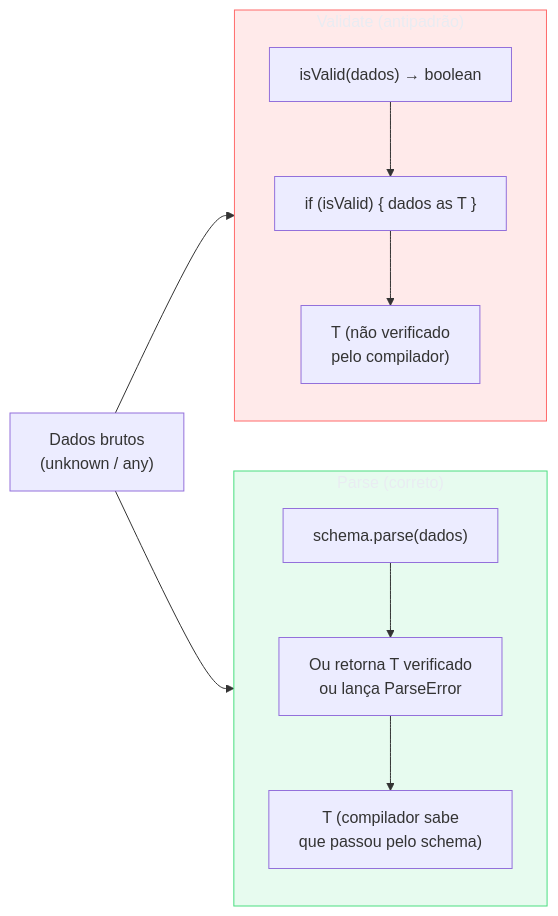
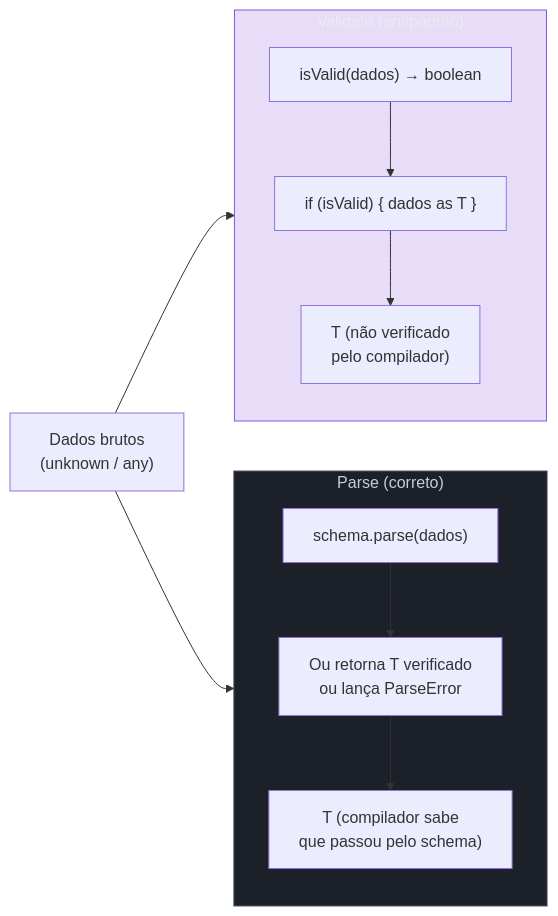
Before and after one commit to josenaldo/codex-technomanticus: the third of 6 diagrams in 03-Dominios/Tecnologia/TypeScript/23 - A fronteira type↔runtime - parse, don't validate.md, drawn with Mermaid. The commit also changed other lines of this file and 601 other files, not shown here.

````diff
--- a/03-Dominios/Tecnologia/TypeScript/23 - A fronteira type↔runtime - parse, don't validate.md
+++ b/03-Dominios/Tecnologia/TypeScript/23 - A fronteira type↔runtime - parse, don't validate.md
@@ -227,26 +227,26 @@
 ```mermaid
 flowchart LR
-    classDef ok fill:#4ADE8021,stroke:#4ADE80,color:#E9ECF2
-    classDef falha fill:#FF6B6B24,stroke:#FF6B6B,color:#E9ECF2
+    classDef marca fill:#8855DF33,stroke:#8855DF,color:#E9ECF2
+    classDef neutro fill:#1B2029,stroke:#4E5666,color:#C6CCD8
     RAW["Dados brutos\n(unknown / any)"]
 
     subgraph Validar["Validate (antipadrão)"]
         V1["isValid(dados) → boolean"]
         V2["if (isValid) { dados as T }"]
         V3["T (não verificado\npelo compilador)"]
         V1 --> V2 --> V3
     end
 
     subgraph Parsear["Parse (correto)"]
         P1["schema.parse(dados)"]
         P2["Ou retorna T verificado\nou lança ParseError"]
         P3["T (compilador sabe\nque passou pelo schema)"]
         P1 --> P2 --> P3
     end
 
     RAW --> Validar
     RAW --> Parsear
 
-    class Parsear ok
-    class Validar falha
+    class Parsear neutro
+    class Validar marca
 ```
````
